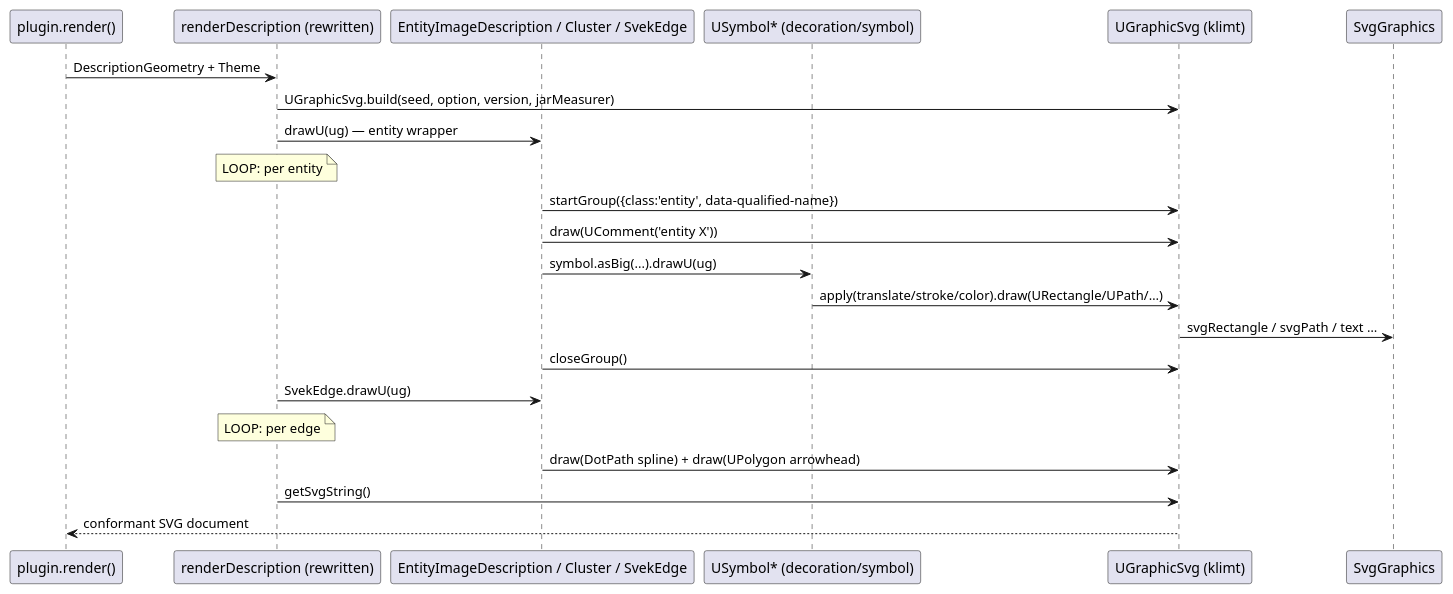
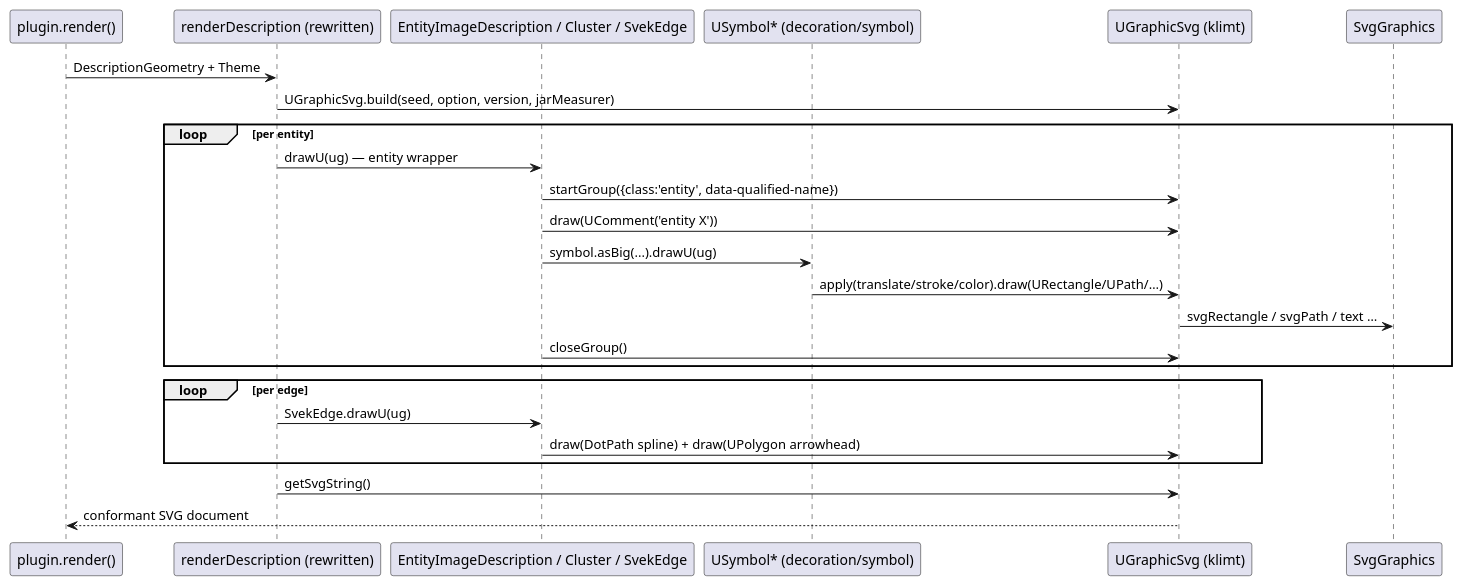
One commit to knowvah/plantuml-ts changed the first of 2 diagrams in planning/mission-svg-conformance-2/diagrams/data-flow.md. Above: the diagram before and after it, drawn with PlantUML. The commit also changed 13 other files, not shown here.

First line of the commit message:
docs: restore real alt/else/loop grouping in the converted diagrams

````diff
--- a/planning/mission-svg-conformance-2/diagrams/data-flow.md
+++ b/planning/mission-svg-conformance-2/diagrams/data-flow.md
@@ -5,28 +5,27 @@
 ```plantuml
 @startuml
-' NOTE: mermaid grouping flattened -- alt/opt/loop/group render the whole
-' diagram EMPTY in plantuml-ts today (.agent-notes/plantuml-sequence-group-empty.md).
-' Original nesting: loop per entity ; loop per edge
 participant "plugin.render()" as P
 participant "renderDescription (rewritten)" as R
 participant "EntityImageDescription / Cluster / SvekEdge" as E
 participant "USymbol* (decoration/symbol)" as S
 participant "UGraphicSvg (klimt)" as U
 participant "SvgGraphics" as G
 P -> R : DescriptionGeometry + Theme
 R -> U : UGraphicSvg.build(seed, option, version, jarMeasurer)
-R -> E : drawU(ug) — entity wrapper
-note over R : LOOP: per entity
-E -> U : startGroup({class:'entity', data-qualified-name})
-E -> U : draw(UComment('entity X'))
-E -> S : symbol.asBig(...).drawU(ug)
-S -> U : apply(translate/stroke/color).draw(URectangle/UPath/…)
-U -> G : svgRectangle / svgPath / text …
-E -> U : closeGroup()
-R -> E : SvekEdge.drawU(ug)
-note over R : LOOP: per edge
-E -> U : draw(DotPath spline) + draw(UPolygon arrowhead)
+loop per entity
+  R -> E : drawU(ug) — entity wrapper
+  E -> U : startGroup({class:'entity', data-qualified-name})
+  E -> U : draw(UComment('entity X'))
+  E -> S : symbol.asBig(...).drawU(ug)
+  S -> U : apply(translate/stroke/color).draw(URectangle/UPath/…)
+  U -> G : svgRectangle / svgPath / text …
+  E -> U : closeGroup()
+end
+loop per edge
+  R -> E : SvekEdge.drawU(ug)
+  E -> U : draw(DotPath spline) + draw(UPolygon arrowhead)
+end
 R -> U : getSvgString()
 U --> P : conformant SVG document
 @enduml
 ```
````
